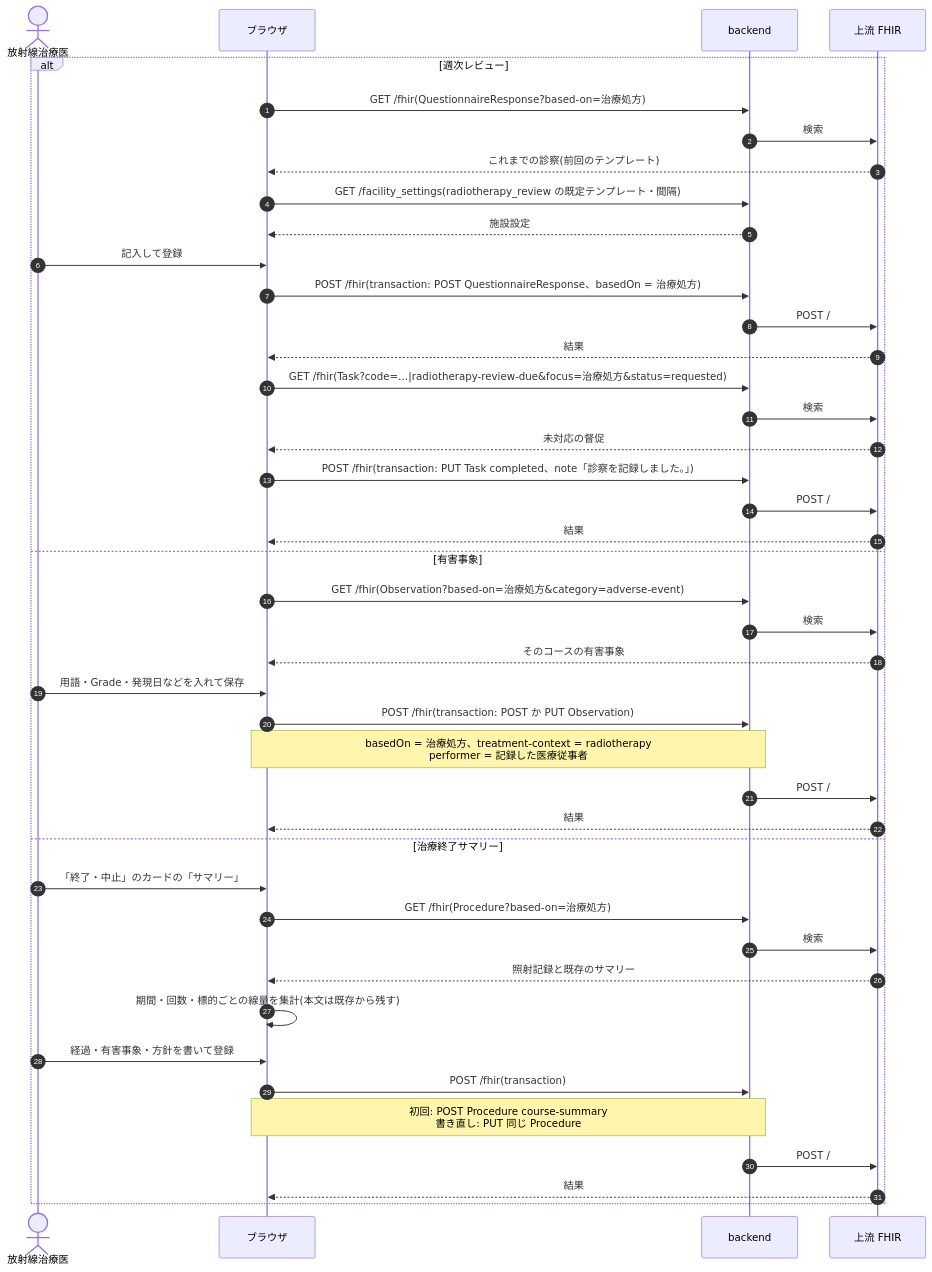
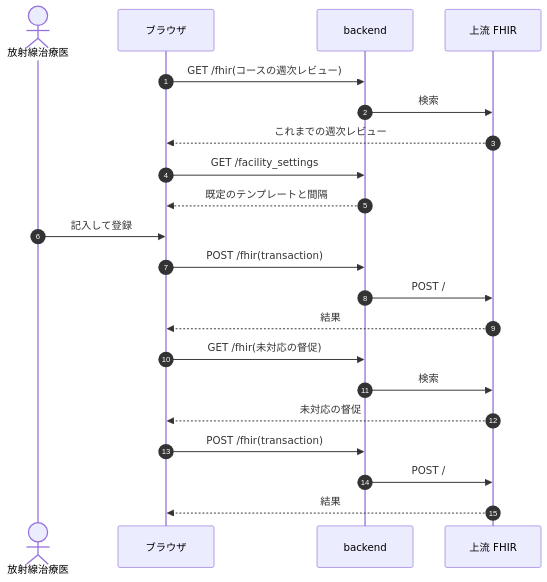
Before and after one commit to ysnr-dev/fhir-client-docs: the seventh of 8 diagrams in docs/dev/radiotherapy.md, drawn with Mermaid. The commit also changed other lines of this file and 43 other files, not shown here.

Commit message:
docs: 業務フローとシーケンス図を写し直し

````diff
--- a/docs/dev/radiotherapy.md
+++ b/docs/dev/radiotherapy.md
@@ -239,46 +363,24 @@
 ```mermaid
 sequenceDiagram
   autonumber
   actor Dr as 放射線治療医
   participant UI as ブラウザ
   participant BE as backend
   participant FHIR as 上流 FHIR
 
-  alt 週次レビュー
-    UI->>BE: GET /fhir(QuestionnaireResponse?based-on=治療処方)
-    BE->>FHIR: 検索
-    FHIR-->>UI: これまでの診察(前回のテンプレート)
-    UI->>BE: GET /facility_settings(radiotherapy_review の既定テンプレート・間隔)
-    BE-->>UI: 施設設定
-    Dr->>UI: 記入して登録
-    UI->>BE: POST /fhir(transaction: POST QuestionnaireResponse、basedOn = 治療処方)
-    BE->>FHIR: POST /
-    FHIR-->>UI: 結果
-    UI->>BE: GET /fhir(Task?code=…|radiotherapy-review-due&focus=治療処方&status=requested)
-    BE->>FHIR: 検索
-    FHIR-->>UI: 未対応の督促
-    UI->>BE: POST /fhir(transaction: PUT Task completed、note「診察を記録しました。」)
-    BE->>FHIR: POST /
-    FHIR-->>UI: 結果
-  else 有害事象
-    UI->>BE: GET /fhir(Observation?based-on=治療処方&category=adverse-event)
-    BE->>FHIR: 検索
-    FHIR-->>UI: そのコースの有害事象
-    Dr->>UI: 用語・Grade・発現日などを入れて保存
-    UI->>BE: POST /fhir(transaction: POST か PUT Observation)
-    Note over UI,BE: basedOn = 治療処方、treatment-context = radiotherapy<br/>performer = 記録した医療従事者
-    BE->>FHIR: POST /
-    FHIR-->>UI: 結果
-  else 治療終了サマリー
-    Dr->>UI: 「終了・中止」のカードの「サマリー」
-    UI->>BE: GET /fhir(Procedure?based-on=治療処方)
-    BE->>FHIR: 検索
-    FHIR-->>UI: 照射記録と既存のサマリー
-    UI->>UI: 期間・回数・標的ごとの線量を集計(本文は既存から残す)
-    Dr->>UI: 経過・有害事象・方針を書いて登録
-    UI->>BE: POST /fhir(transaction)
-    Note over UI,BE: 初回: POST Procedure course-summary<br/>書き直し: PUT 同じ Procedure
-    BE->>FHIR: POST /
-    FHIR-->>UI: 結果
-  end
+  UI->>BE: GET /fhir(コースの週次レビュー)
+  BE->>FHIR: 検索
+  FHIR-->>UI: これまでの週次レビュー
+  UI->>BE: GET /facility_settings
+  BE-->>UI: 既定のテンプレートと間隔
+  Dr->>UI: 記入して登録
+  UI->>BE: POST /fhir(transaction)
+  BE->>FHIR: POST /
+  FHIR-->>UI: 結果
+  UI->>BE: GET /fhir(未対応の督促)
+  BE->>FHIR: 検索
+  FHIR-->>UI: 未対応の督促
+  UI->>BE: POST /fhir(transaction)
+  BE->>FHIR: POST /
+  FHIR-->>UI: 結果
 ```
````
